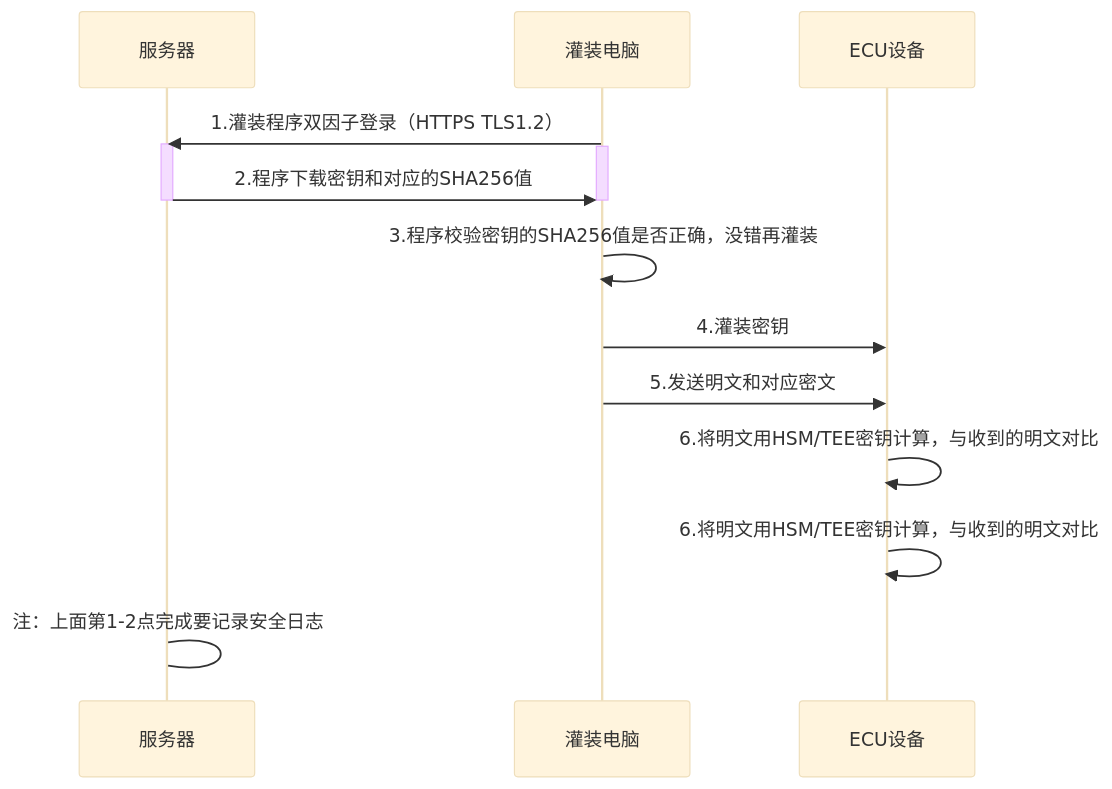
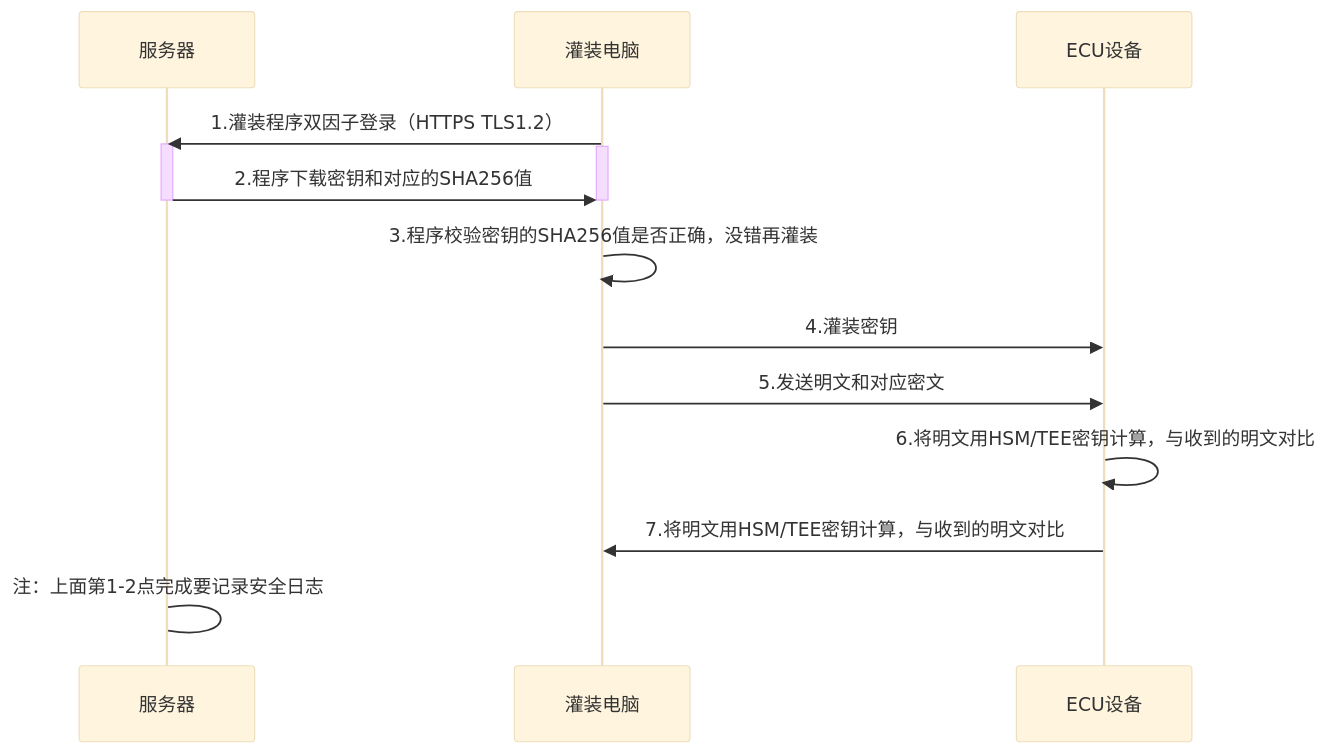
Before and after one commit to facebook-cloud/iodraw-files: the diagram in all/未命名-25.md, drawn with Mermaid (base theme).

Commit message:
2026-04-21 15:24:09 update

````diff
--- a/all/未命名-25.md
+++ b/all/未命名-25.md
@@ -1,24 +1,24 @@
 ```mermaid
 sequenceDiagram
   
     participant B as 服务器
     participant D as 灌装电脑
     participant E as ECU设备
 
     D->>B: 1.灌装程序双因子登录（HTTPS TLS1.2）
     activate B
     activate D
 
     B->>D: 2.程序下载密钥和对应的SHA256值 
 
     deactivate B
     deactivate D
     
     D->>D: 3.程序校验密钥的SHA256值是否正确，没错再灌装
     D->>E: 4.灌装密钥
     D->>E: 5.发送明文和对应密文
     E->>E: 6.将明文用HSM/TEE密钥计算，与收到的明文对比
-    E->>E: 6.将明文用HSM/TEE密钥计算，与收到的明文对比
+    E->>D: 7.将明文用HSM/TEE密钥计算，与收到的明文对比
 
     B->B: 注：上面第1-2点完成要记录安全日志
 ```
````
